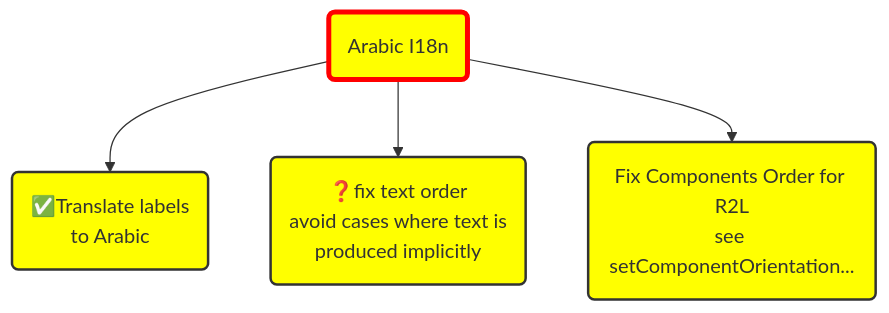
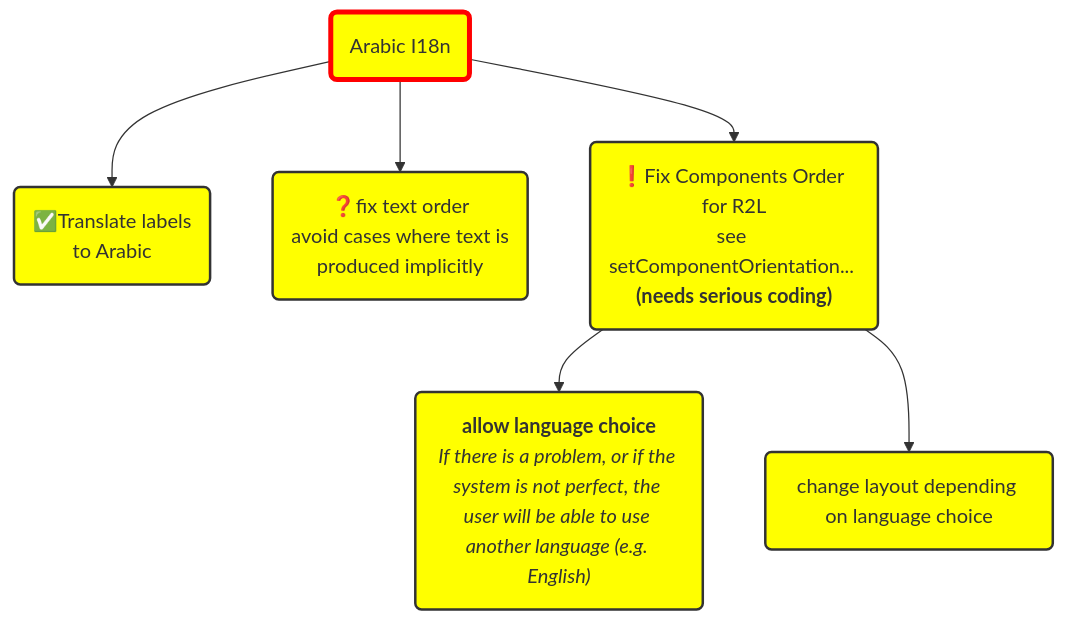
Before and after one commit to rosmord/jsesh: the second of 2 diagrams in 00_Documents/mikado.md, drawn with Mermaid. The commit also changed other lines of this file and 68 other files, not shown here.

````diff
--- a/00_Documents/mikado.md
+++ b/00_Documents/mikado.md
@@ -29,15 +31,20 @@
 ```mermaid
 graph TB
     classDef default fill:yellow,stroke:#333,stroke-width:2px;
     classDef root stroke-width:4px,stroke:red,border-radius:10pt;
 
 
     arabic(Arabic I18n):::root
     arabicText("✅Translate labels<br>to Arabic")
     fixTextOrder("❓fix text order<br>avoid cases where text is <br>produced implicitly")
-    fixComponentOrder("Fix Components Order for R2L<br>see setComponentOrientation...")
+    fixComponentOrder("`❗️Fix Components Order for R2L<br>see setComponentOrientation... **(needs serious coding)**`")
 
     arabic --> arabicText
     arabic --> fixTextOrder
     arabic --> fixComponentOrder
+    fixComponentOrder --> choice("`**allow language choice**
+    *If there is a problem, or if the system is not perfect, the user will be able to use another language (e.g. English)*`"
+    )
+    fixComponentOrder --> changeLayout(change layout depending on language choice)
+    
 ```
````
